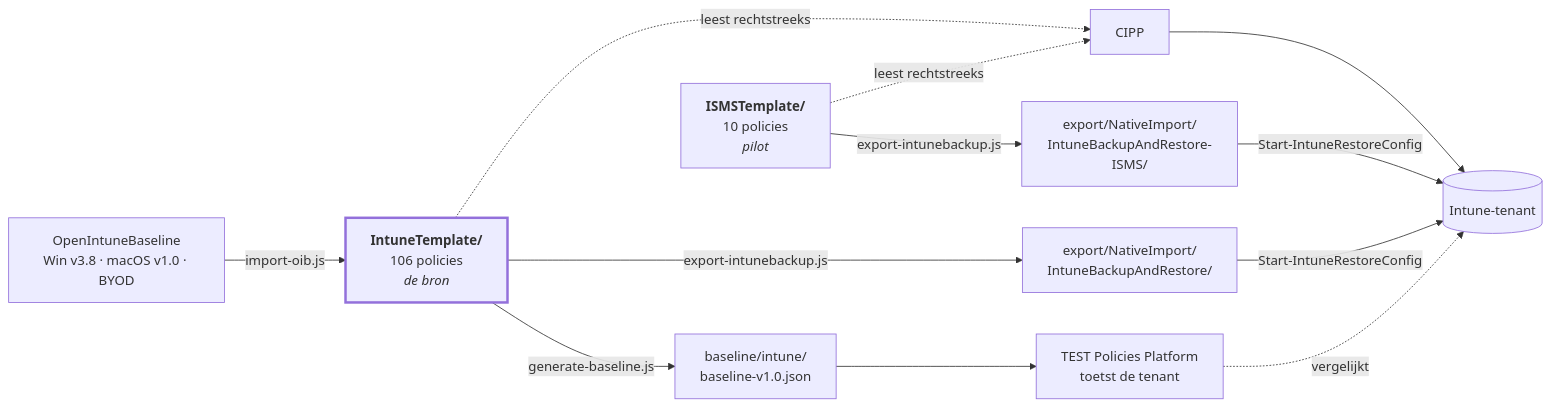
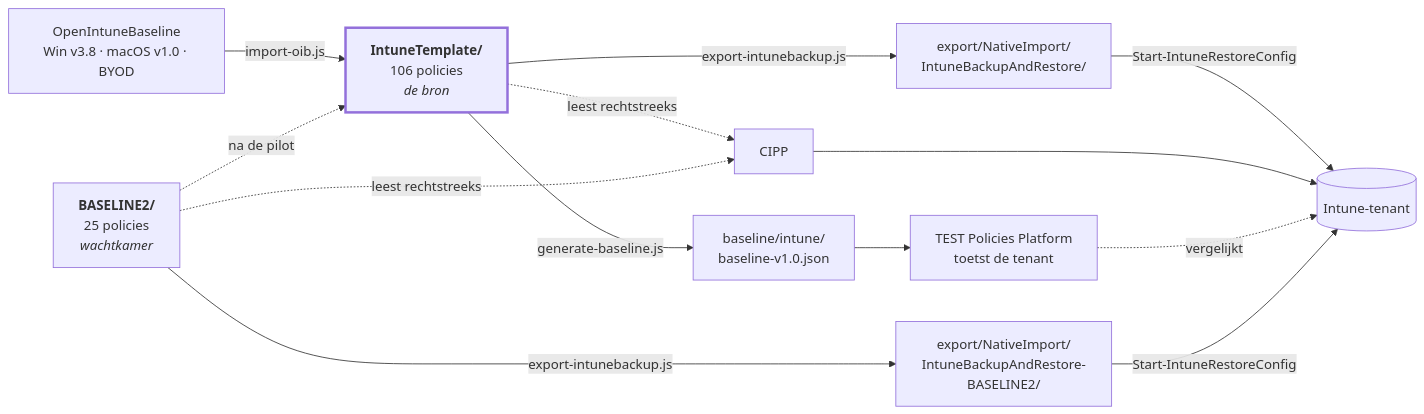
Before and after one commit to sjkanon/IntuneBackup: the diagram in README.md, drawn with Mermaid. The commit also changed other lines of this file and 71 other files, not shown here.

First line of the commit message:
BASELINE2 compleet: 25 policies, ISMS-set erin opgegaan

````diff
--- a/README.md
+++ b/README.md
@@ -17,24 +17,25 @@
 ```mermaid
 flowchart LR
   OIB["OpenIntuneBaseline<br/>Win v3.8 · macOS v1.0 · BYOD"]
   T["<b>IntuneTemplate/</b><br/>106 policies<br/><i>de bron</i>"]
   BL["baseline/intune/<br/>baseline-v1.0.json"]
   EX["export/NativeImport/<br/>IntuneBackupAndRestore/"]
   TENANT[("Intune-tenant")]
 
   OIB -->|import-oib.js| T
   T -->|generate-baseline.js| BL
   T -->|export-intunebackup.js| EX
   T -.->|leest rechtstreeks| CIPP[CIPP]
   BL --> PLAT["TEST Policies Platform<br/>toetst de tenant"]
   EX -->|Start-IntuneRestoreConfig| TENANT
   CIPP --> TENANT
   PLAT -.->|vergelijkt| TENANT
 
-  ISMS["<b>ISMSTemplate/</b><br/>10 policies<br/><i>pilot</i>"]
-  ISMS -->|export-intunebackup.js| EXI["export/NativeImport/<br/>IntuneBackupAndRestore-ISMS/"]
-  ISMS -.->|leest rechtstreeks| CIPP
+  B2["<b>BASELINE2/</b><br/>25 policies<br/><i>wachtkamer</i>"]
+  B2 -->|export-intunebackup.js| EXI["export/NativeImport/<br/>IntuneBackupAndRestore-BASELINE2/"]
+  B2 -.->|leest rechtstreeks| CIPP
+  B2 -.->|na de pilot| T
   EXI -->|Start-IntuneRestoreConfig| TENANT
 
   style T stroke-width:3px
 ```
````
